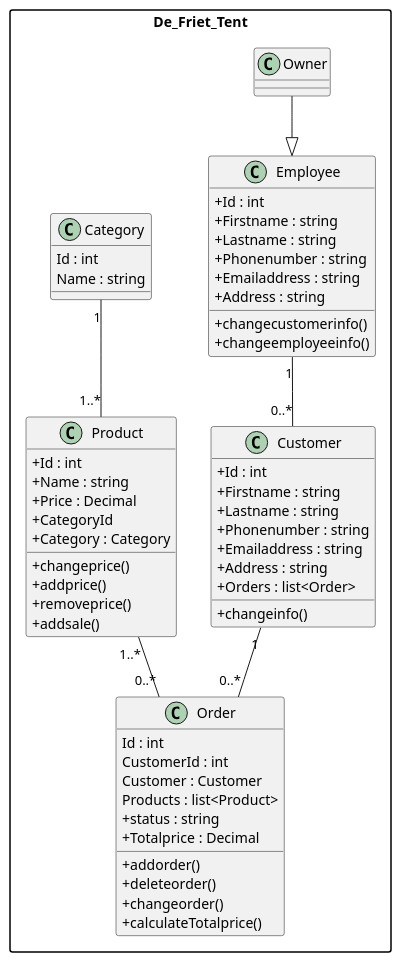
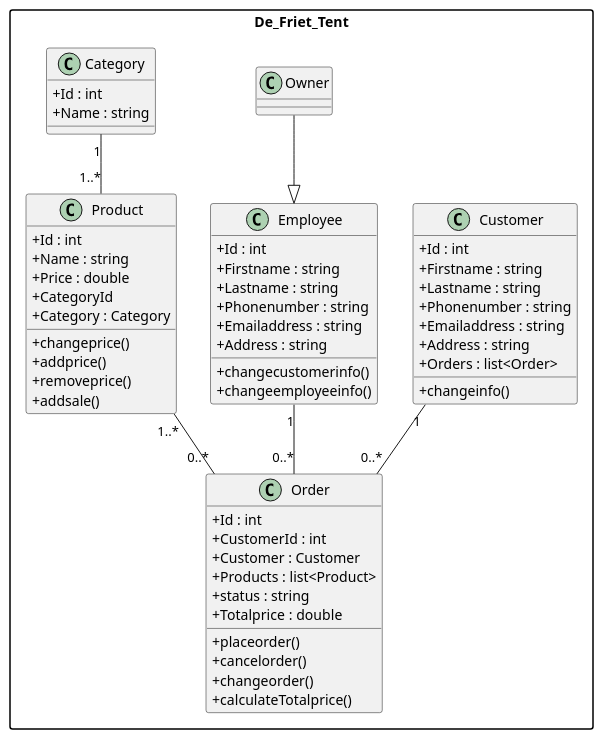
The diagram in classdiagram.puml (Seven-Todo/De-Friet-Tent), drawn with PlantUML before and after one commit. The commit also changed 50 other files, not shown here.

```diff
--- a/classdiagram.puml
+++ b/classdiagram.puml
@@ -1,78 +1,77 @@
 @startuml De Friet shop
 
 skinparam ClassAttributeIconSize 0
 skinparam PackageStyle rectangle 
 
 
 package De_Friet_Tent{
     class Customer{
         +Id : int
         +Firstname : string
         +Lastname : string
         +Phonenumber : string
         +Emailaddress : string
         +Address : string
         +Orders : list<Order>
 
         +changeinfo()
 
     }
 
     class Employee{
         +Id : int
         +Firstname : string
         +Lastname : string
         +Phonenumber : string
         +Emailaddress : string
         +Address : string 
 
         +changecustomerinfo()
         +changeemployeeinfo()
     }
 
     class Owner{
 
     }
 
     class Product{
         +Id : int
         +Name : string
-        +Price : Decimal
+        +Price : double
         +CategoryId
         +Category : Category
-
 
         +changeprice()
         +addprice()
         +removeprice()
         +addsale()
 
     }
 
     class Order{
-        Id : int
-        CustomerId : int
-        Customer : Customer
-        Products : list<Product>
+        +Id : int
+        +CustomerId : int
+        +Customer : Customer
+        +Products : list<Product>
         +status : string
-        +Totalprice : Decimal
+        +Totalprice : double
 
-        +addorder()
-        +deleteorder()
+        +placeorder()
+        +cancelorder()
         +changeorder()
         +calculateTotalprice()
 
     }
 
     class Category{
-        Id : int
-        Name : string
+        +Id : int
+        +Name : string
     }
 
     Owner --|> Employee
     Customer "1" -- "0..*" Order
-    Employee "1" -- "0..*" Customer
+    Employee "1" -- "0..*" Order
     Category "1" -- "1..*" Product
     Product "1..*" -- "0..*" Order
 }
 @enduml
```
